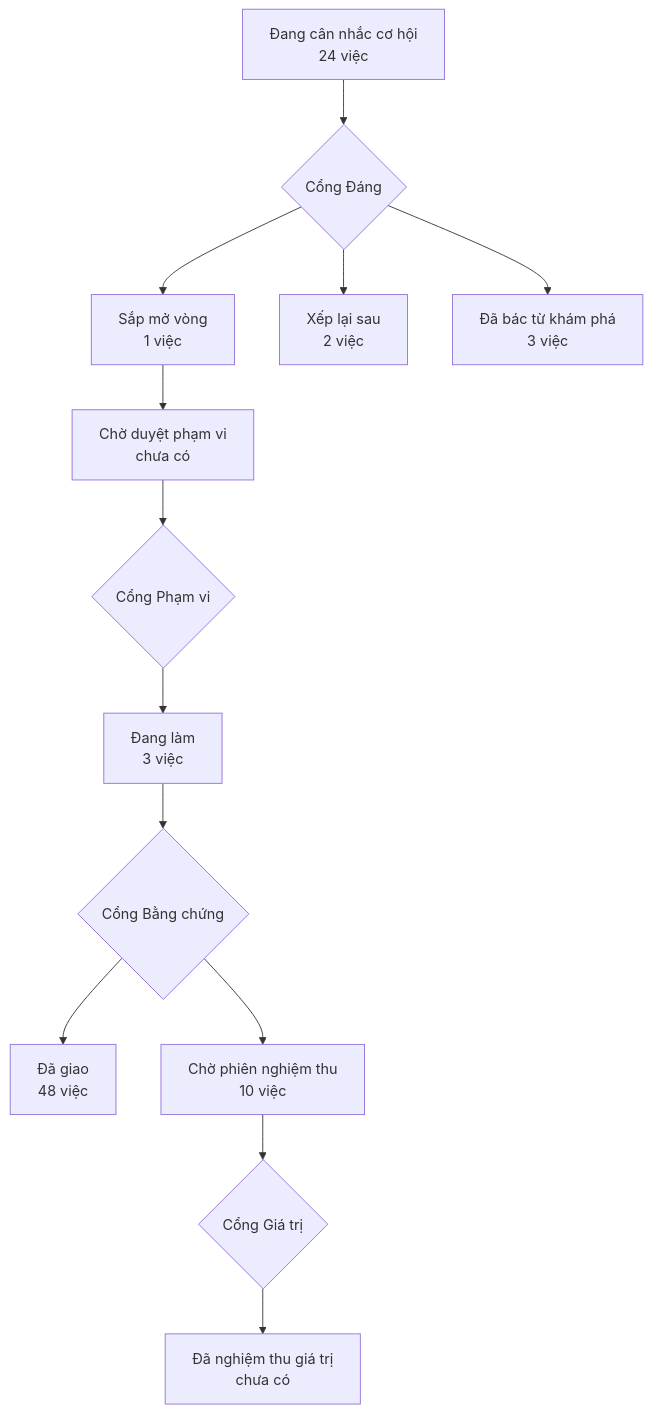
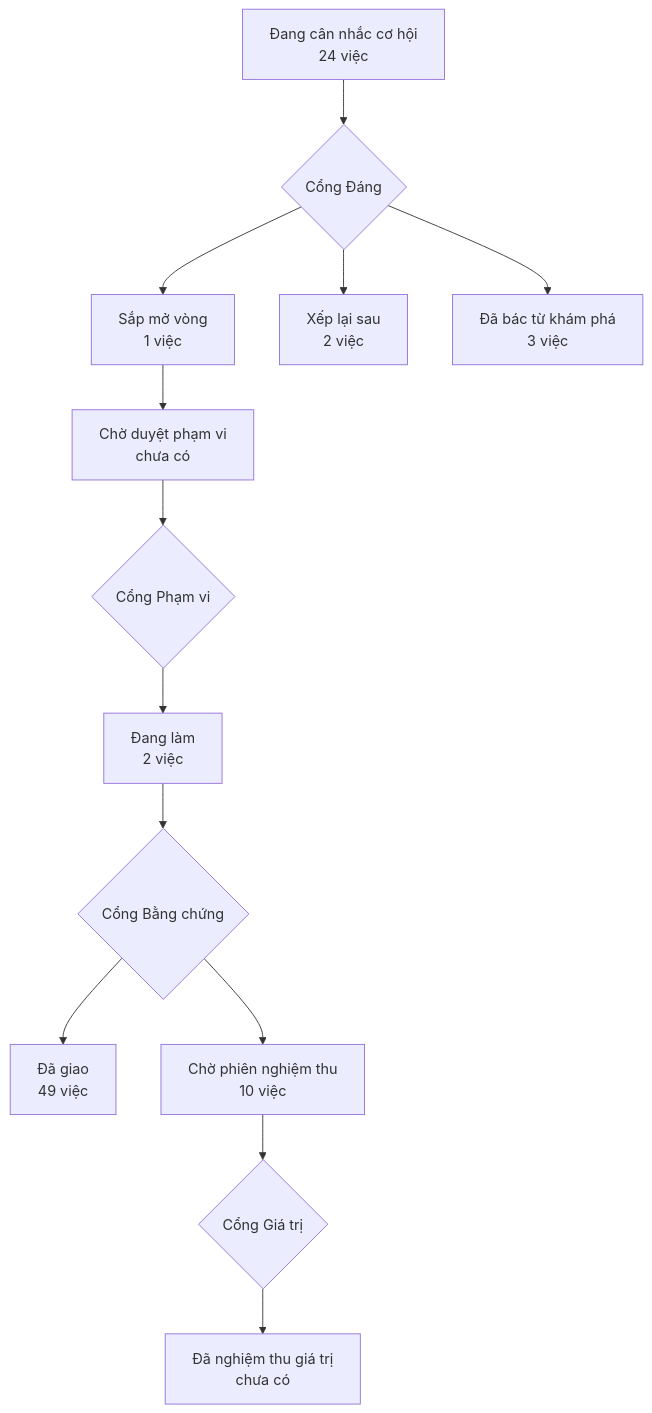
Before and after one commit to phanlemanh/acceptance-gate-kit: the diagram in PRODUCT-MAP.md, drawn with Mermaid. The commit also changed 4 other files, not shown here.

````diff
--- a/PRODUCT-MAP.md
+++ b/PRODUCT-MAP.md
@@ -6,12 +6,12 @@
 ```mermaid
 flowchart TD
   A["Đang cân nhắc cơ hội<br/>24 việc"] --> GD{"Cổng Đáng"}
   GD --> B["Sắp mở vòng<br/>1 việc"]
   GD --> XL["Xếp lại sau<br/>2 việc"]
   GD --> DB["Đã bác từ khám phá<br/>3 việc"]
   B --> CD["Chờ duyệt phạm vi<br/>chưa có"] --> GP{"Cổng Phạm vi"}
-  GP --> DL["Đang làm<br/>3 việc"] --> GB{"Cổng Bằng chứng"}
-  GB --> DG["Đã giao<br/>48 việc"]
+  GP --> DL["Đang làm<br/>2 việc"] --> GB{"Cổng Bằng chứng"}
+  GB --> DG["Đã giao<br/>49 việc"]
   GB --> CN["Chờ phiên nghiệm thu<br/>10 việc"] --> GG{"Cổng Giá trị"}
   GG --> NT["Đã nghiệm thu giá trị<br/>chưa có"]
 ```
````
